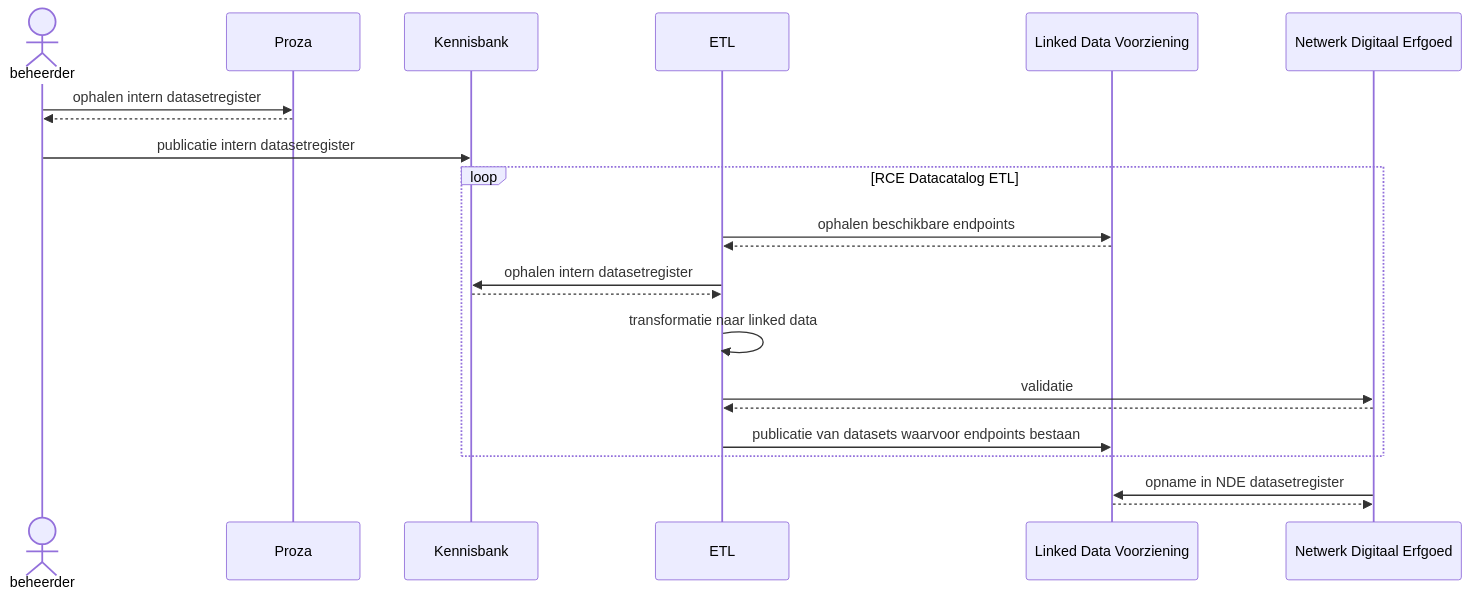
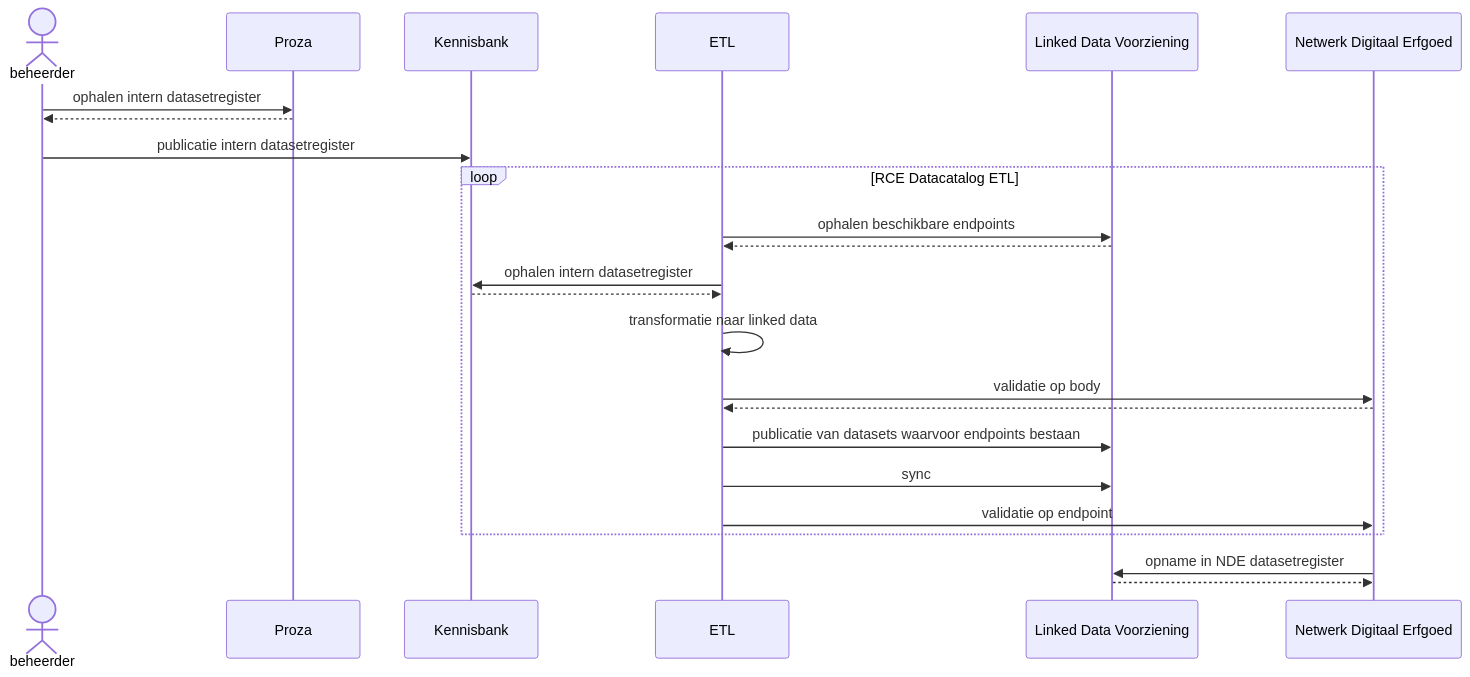
One commit to cultureelerfgoed/datacatalog-etl changed the diagram in README.md. Above: the diagram before and after it, drawn with Mermaid. The commit also changed 2 other files, not shown here.

Commit message:
Refactor of validator, added validation by url.

````diff
--- a/README.md
+++ b/README.md
@@ -12,25 +12,27 @@
 ```mermaid
 sequenceDiagram;
     actor beheerder
     participant Proza 
     participant Kennisbank
     participant ETL
     participant Linked Data Voorziening
     participant Netwerk Digitaal Erfgoed
     
     beheerder->>Proza:ophalen intern datasetregister
     Proza-->>beheerder:
     beheerder->>Kennisbank:publicatie intern datasetregister
     loop RCE Datacatalog ETL
         ETL->>Linked Data Voorziening:ophalen beschikbare endpoints
         Linked Data Voorziening-->>ETL:
         ETL->>Kennisbank:ophalen intern datasetregister
         Kennisbank-->>ETL:
         ETL->>ETL:transformatie naar linked data
-        ETL->>Netwerk Digitaal Erfgoed:validatie
+        ETL->>Netwerk Digitaal Erfgoed:validatie op body
         Netwerk Digitaal Erfgoed-->>ETL:
         ETL->>Linked Data Voorziening:publicatie van datasets waarvoor endpoints bestaan
+        ETL->>Linked Data Voorziening:sync
+        ETL->>Netwerk Digitaal Erfgoed:validatie op endpoint
     end
     Netwerk Digitaal Erfgoed->>Linked Data Voorziening:opname in NDE datasetregister
     Linked Data Voorziening-->>Netwerk Digitaal Erfgoed:
 ```
````
